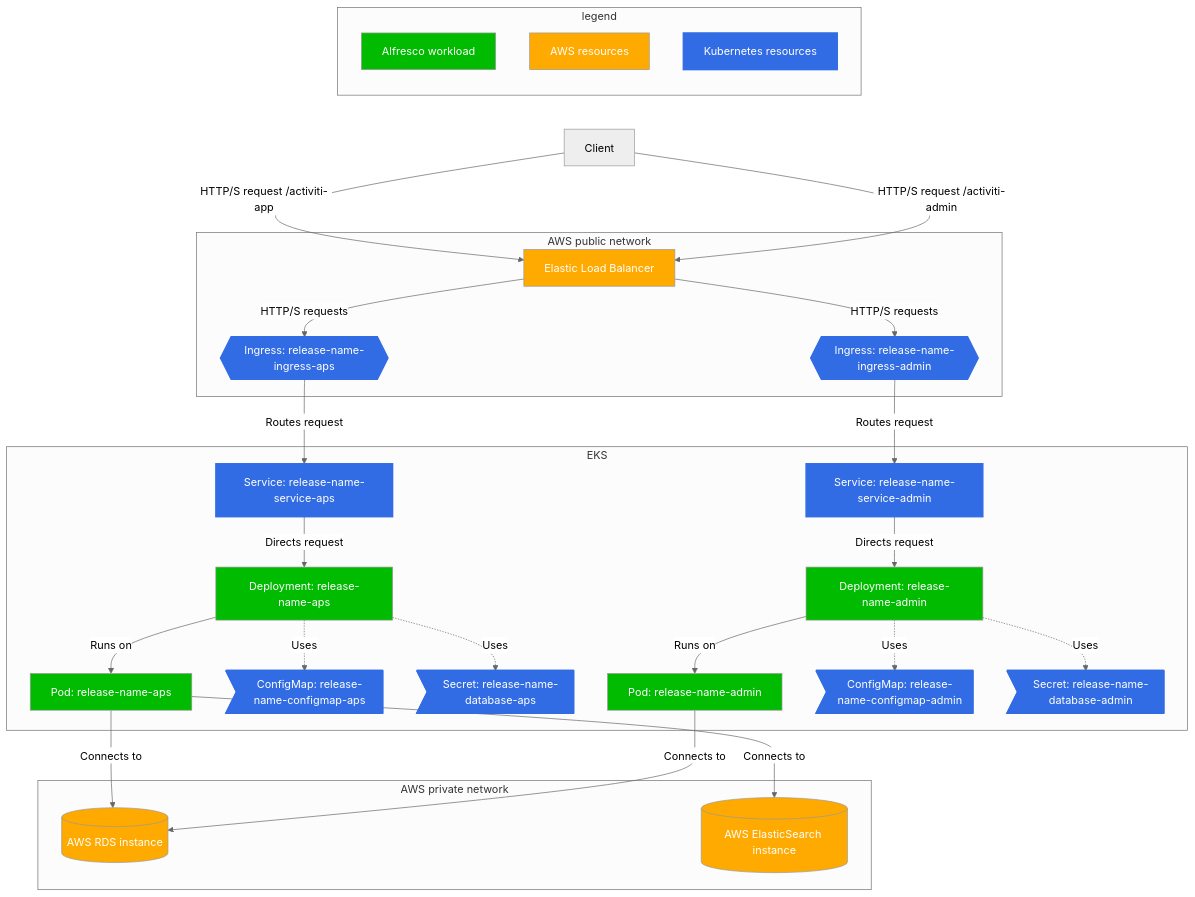
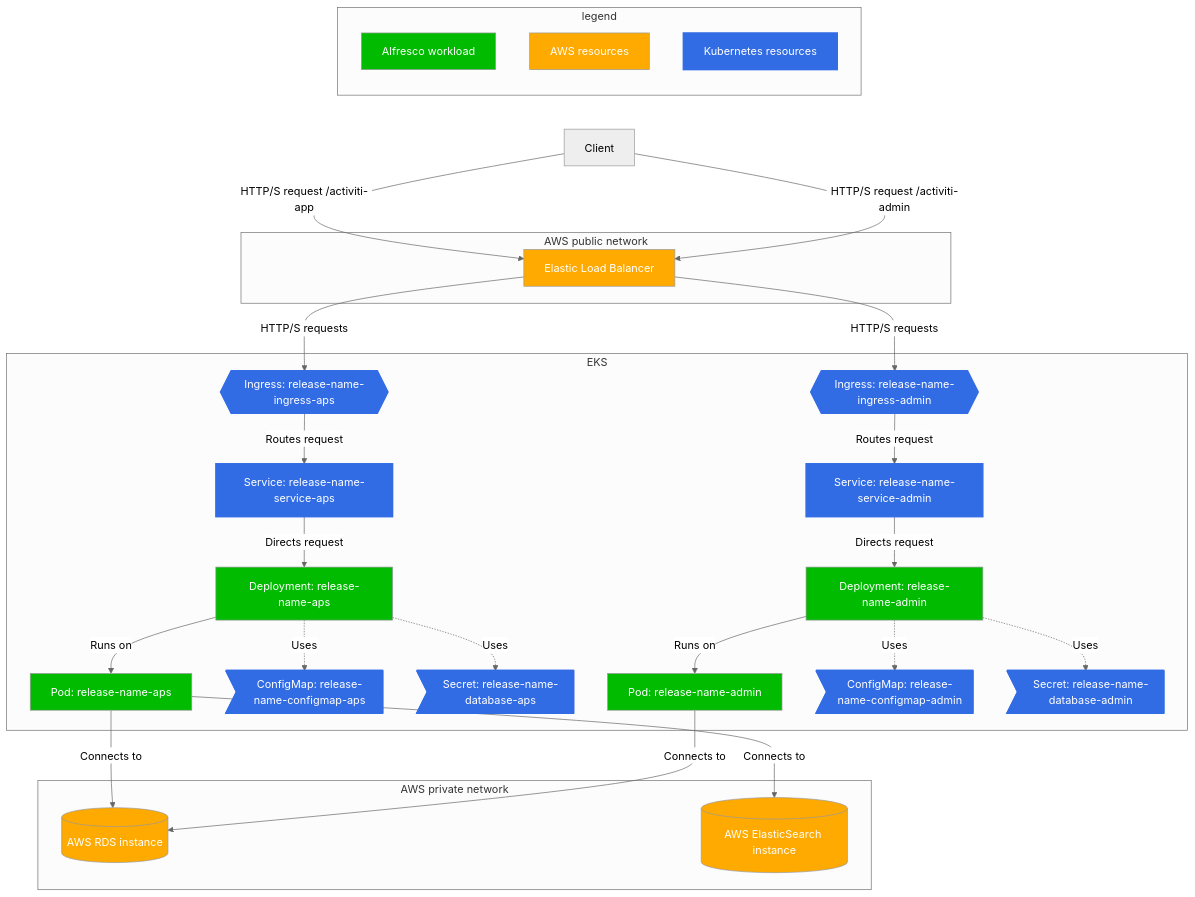
The second of 2 diagrams in charts/alfresco-process-services/docs/architecture.md (swagnerfaw/alfresco-helm-charts), drawn with Mermaid before and after one commit. The commit also changed other lines of this file, not shown here.

````diff
--- a/charts/alfresco-process-services/docs/architecture.md
+++ b/charts/alfresco-process-services/docs/architecture.md
@@ -54,51 +54,51 @@
 ```mermaid
 %%{init: {'theme':'neutral'}}%%
 flowchart TB
 
 classDef alf fill:#0b0,color:#fff
 classDef aws fill:#fa0,color:#fff
 classDef k8s fill:#326ce5,stroke:#326ce5,stroke-width:2px,color:#fff
 
 subgraph legend
   direction TB
   a[Alfresco workload]:::alf
   t[AWS resources]:::aws
   k[Kubernetes resources]:::k8s
 end
 
 legend ~~~ client[Client]
-
-subgraph AWS public network
-  ELB[Elastic Load Balancer]-- HTTP/S requests --> ingressAPS
-  ELB[Elastic Load Balancer]-- HTTP/S requests --> ingressAdmin
-  class ELB aws
-end
 
 subgraph EKS
   ingressAPS{{Ingress: release-name-ingress-aps}}
   ingressAdmin{{Ingress: release-name-ingress-admin}}
   ingressAPS -- Routes request --> serviceAPS[Service: release-name-service-aps]
   serviceAPS -- Directs request --> deploymentAPS[Deployment: release-name-aps]
   deploymentAPS -- Runs on --> podAPS[Pod: release-name-aps]
   deploymentAPS -. Uses .-> configMapAPS>ConfigMap: release-name-configmap-aps]
   deploymentAPS -. Uses .-> secretAPS>Secret: release-name-database-aps]
   ingressAdmin -- Routes request --> serviceAdmin[Service: release-name-service-admin]
   serviceAdmin -- Directs request --> deploymentAdmin[Deployment: release-name-admin]
   deploymentAdmin -- Runs on --> podAdmin[Pod: release-name-admin]
   deploymentAdmin -. Uses .-> configMapAdmin>ConfigMap: release-name-configmap-admin]
   deploymentAdmin -. Uses .-> secretAdmin>Secret: release-name-database-admin]
   class ingressAPS,serviceAPS,configMapAPS,secretAPS k8s
   class ingressAdmin,serviceAdmin,configMapAdmin,secretAdmin k8s
   class podAPS,podAdmin,deploymentAPS,deploymentAdmin alf
 end
 
+subgraph AWS public network
+  ELB[Elastic Load Balancer]-- HTTP/S requests --> ingressAPS
+  ELB[Elastic Load Balancer]-- HTTP/S requests --> ingressAdmin
+  class ELB aws
+end
+
 client -- "HTTP/S request /activiti-app" --> ELB
 client -- "HTTP/S request /activiti-admin" --> ELB
 
 subgraph AWS private network
   podAPS -- Connects to --> RDS[(AWS RDS instance)]
   podAdmin -- Connects to --> RDS[(AWS RDS instance)]
   podAPS -- Connects to --> ES[(AWS ElasticSearch instance)]
   class ES,RDS aws
 end
 ```
````
